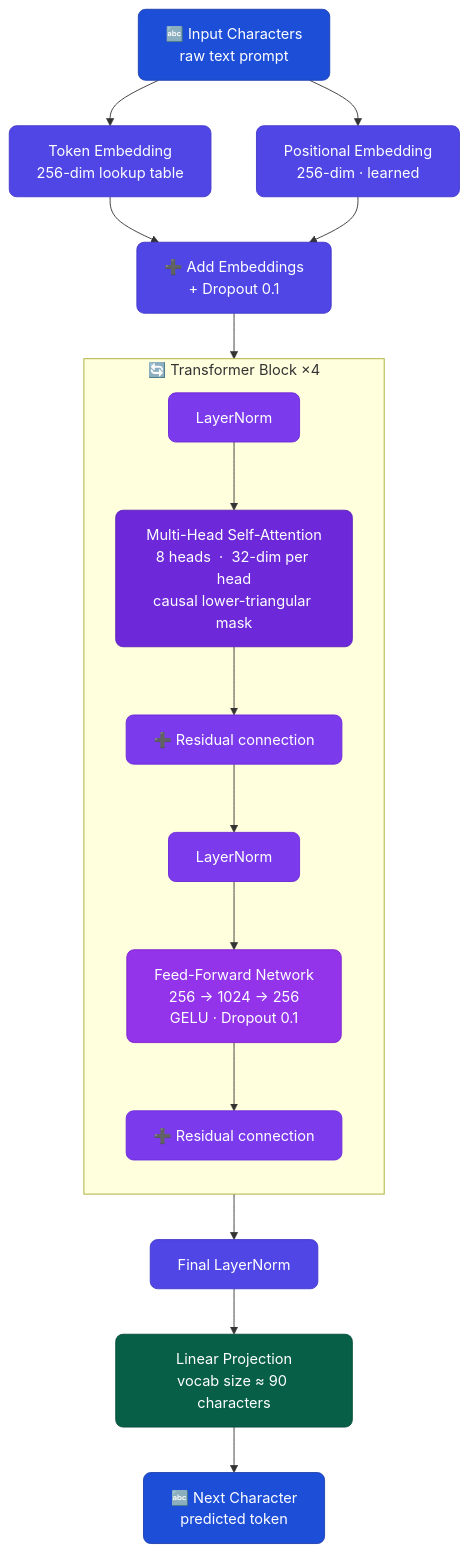
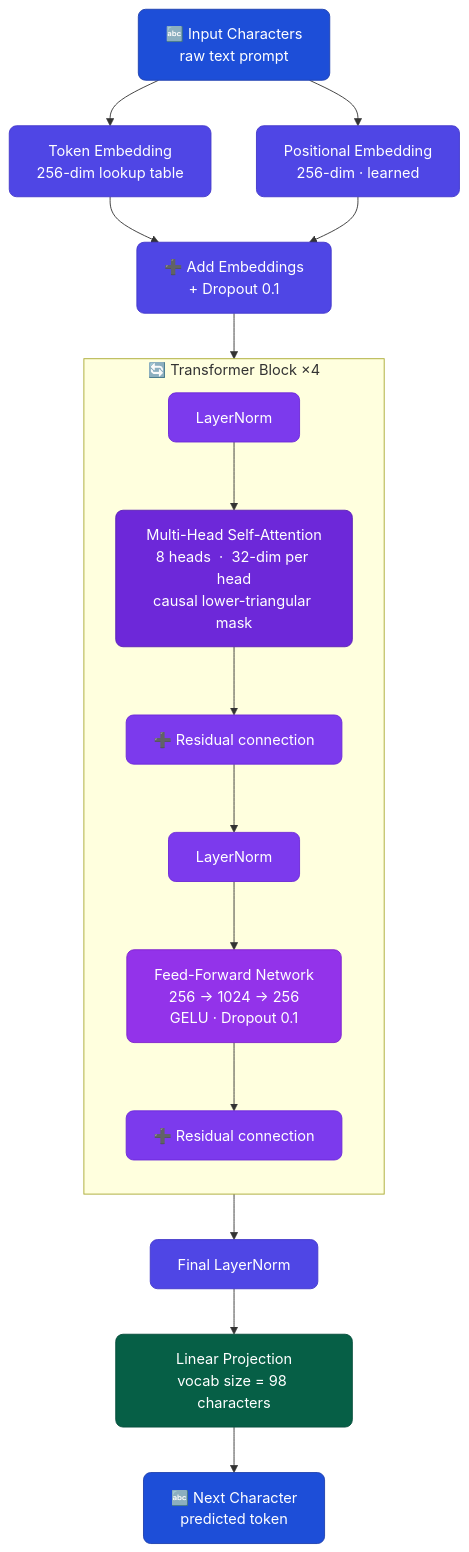
Before and after one commit to abinashprasana/dail-llm: the diagram in README.md, drawn with Mermaid. The commit also changed other lines of this file, not shown here.

````diff
--- a/README.md
+++ b/README.md
@@ -80,36 +95,36 @@
 ```mermaid
 flowchart TD
     classDef io      fill:#1d4ed8,color:#fff,stroke:#1e40af,rx:8
     classDef embed   fill:#4f46e5,color:#fff,stroke:#4338ca,rx:8
     classDef block   fill:#7c3aed,color:#fff,stroke:#6d28d9,rx:8
     classDef attn    fill:#6d28d9,color:#fff,stroke:#5b21b6,rx:8
     classDef ff      fill:#9333ea,color:#fff,stroke:#7e22ce,rx:8
     classDef head    fill:#065f46,color:#fff,stroke:#064e3b,rx:8
 
     A["🔤  Input Characters\nraw text prompt"]:::io
     B["Token Embedding\n256-dim lookup table"]:::embed
     C["Positional Embedding\n256-dim · learned"]:::embed
     D["➕  Add Embeddings\n+ Dropout 0.1"]:::embed
 
     A --> B
     A --> C
     B --> D
     C --> D
 
     D --> BLK
 
     subgraph BLK["🔄  Transformer Block  ×4"]
         direction TB
         LN1["LayerNorm"]:::block
         MHA["Multi-Head Self-Attention\n8 heads  ·  32-dim per head\ncausal lower-triangular mask"]:::attn
         R1["➕  Residual connection"]:::block
         LN2["LayerNorm"]:::block
         FFN["Feed-Forward Network\n256 → 1024 → 256\nGELU · Dropout 0.1"]:::ff
         R2["➕  Residual connection"]:::block
         LN1 --> MHA --> R1 --> LN2 --> FFN --> R2
     end
 
     BLK --> FLN["Final LayerNorm"]:::embed
-    FLN --> LIN["Linear Projection\nvocab size ≈ 90 characters"]:::head
+    FLN --> LIN["Linear Projection\nvocab size = 98 characters"]:::head
     LIN --> OUT["🔤  Next Character\npredicted token"]:::io
 ```
````
